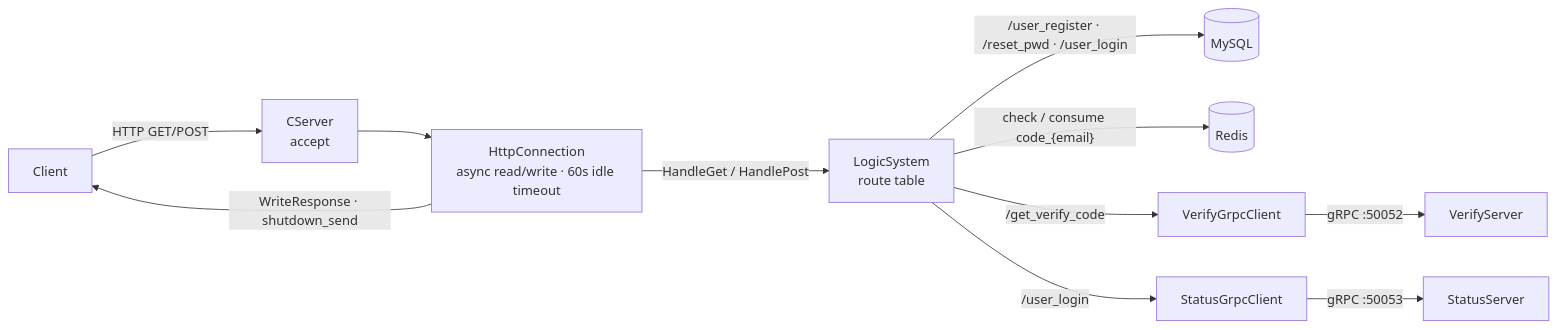
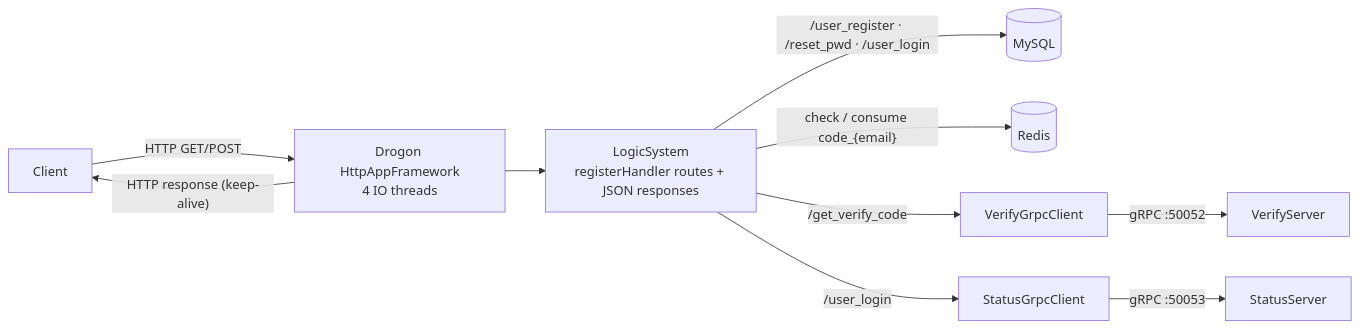
The second of 11 diagrams in WeChat_Project_Architecture.md (zyuhao7/WeChat), drawn with Mermaid before and after one commit. The commit also changed other lines of this file and 14 other files, not shown here.

First line of the commit message:
refactor(gate): replace Asio HTTP stack with Drogon

````diff
--- a/WeChat_Project_Architecture.md
+++ b/WeChat_Project_Architecture.md
@@ -107,11 +110,10 @@
 ```mermaid
 flowchart LR
-    Client["Client"] -->|HTTP GET/POST| CServer["CServer<br/>accept"]
-    CServer --> Conn["HttpConnection<br/>async read/write · 60s idle timeout"]
-    Conn -->|HandleGet / HandlePost| Logic["LogicSystem<br/>route table"]
+    Client["Client"] -->|HTTP GET/POST| App["Drogon HttpAppFramework<br/>4 IO threads"]
+    App --> Logic["LogicSystem<br/>registerHandler routes + JSON responses"]
     Logic -->|/user_register · /reset_pwd · /user_login| MySQL[("MySQL")]
     Logic -->|"check / consume code_{email}"| Redis[("Redis")]
     Logic -->|/get_verify_code| VG["VerifyGrpcClient"] -->|gRPC :50052| VS["VerifyServer"]
     Logic -->|/user_login| SG["StatusGrpcClient"] -->|gRPC :50053| SS["StatusServer"]
-    Conn -->|WriteResponse · shutdown_send| Client
+    App -->|"HTTP response (keep-alive)"| Client
 ```
````
